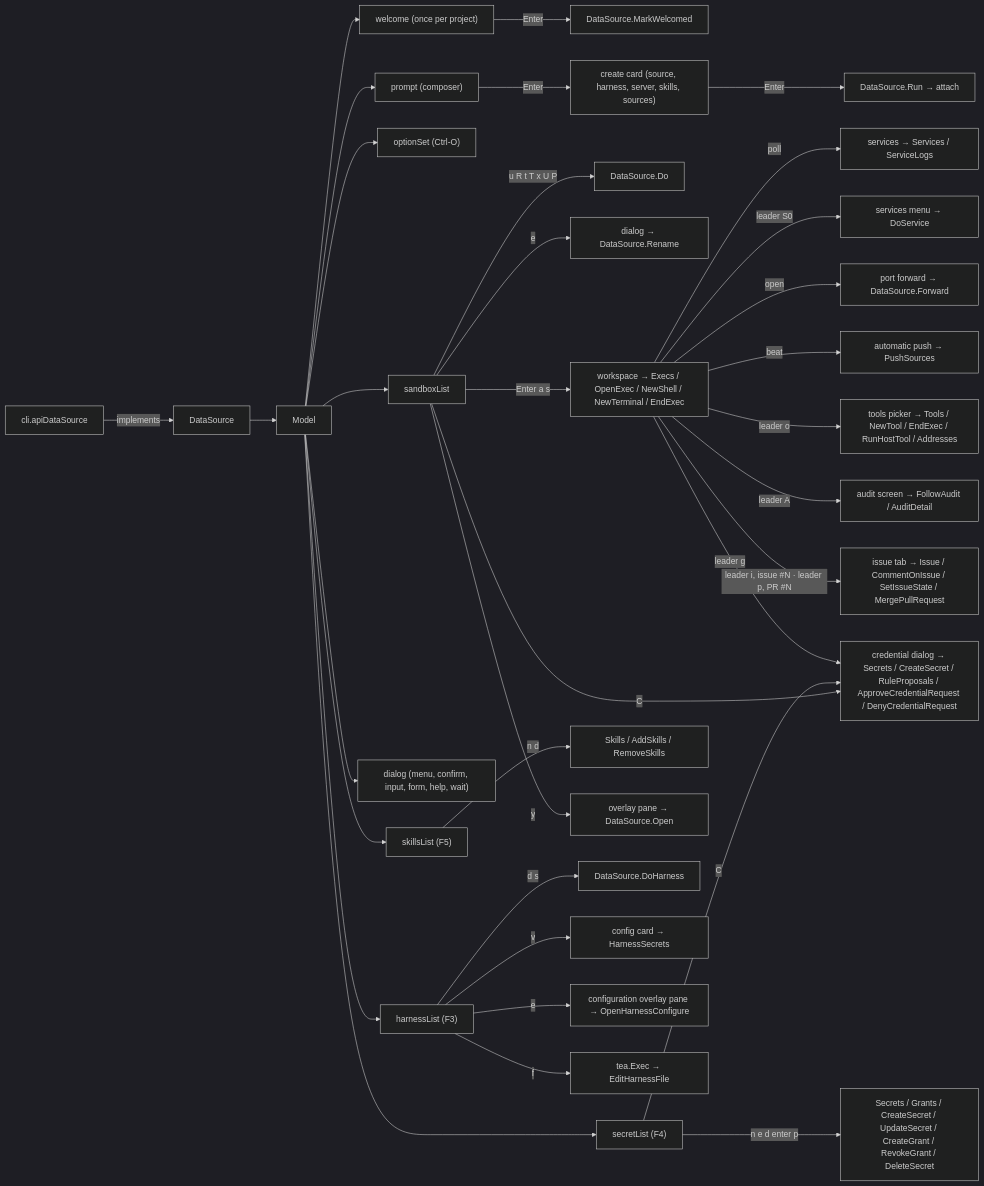
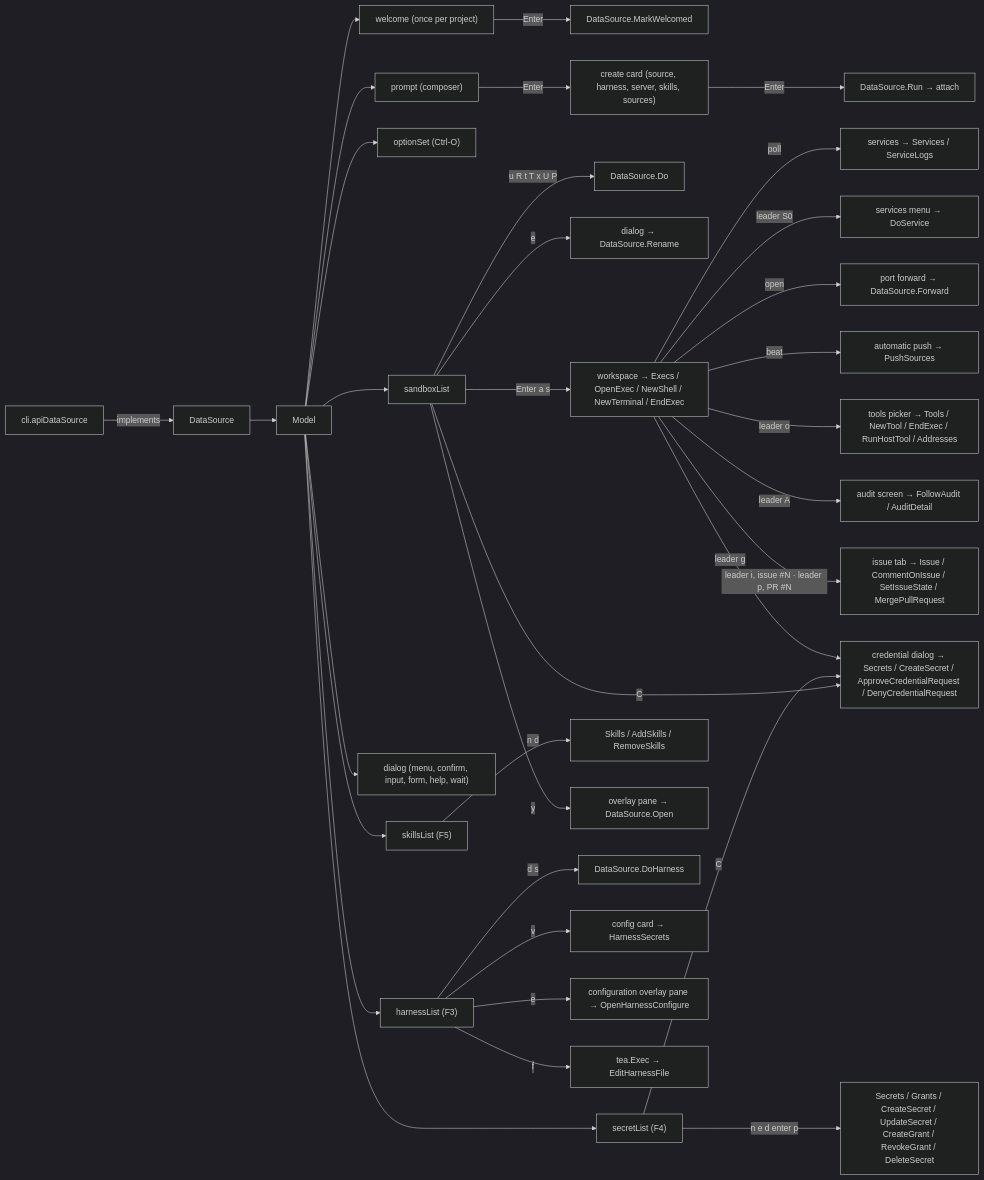
One commit to discobox-ai/discobox changed the diagram in cli/internal/tui/DESIGN.md. Above: the diagram before and after it, drawn with Mermaid (dark theme). The commit also changed other lines of this file and 681 other files, not shown here.

````diff
--- a/cli/internal/tui/DESIGN.md
+++ b/cli/internal/tui/DESIGN.md
@@ -14,36 +14,36 @@
 ```mermaid
 flowchart LR
     CLI["cli.apiDataSource"] -->|implements| DS["DataSource"]
     DS --> M["Model"]
     M --> P["prompt (composer)"]
     M --> L["sandboxList"]
     M --> O["optionSet (Ctrl-O)"]
     M --> A["harnessList (F3)"]
     M --> D["dialog (menu, confirm, input, form, help, wait)"]
     M --> W["welcome (once per project)"]
     W -->|Enter| MW["DataSource.MarkWelcomed"]
     P -->|Enter| Card["create card (source, harness, server, skills, sources)"]
     Card -->|Enter| Run["DataSource.Run → attach"]
     L -->|u R t T x U P| Verb["DataSource.Do"]
     L -->|e| Rename["dialog → DataSource.Rename"]
     L -->|Enter a s| WS["workspace → Execs / OpenExec / NewShell / NewTerminal / EndExec"]
     WS -->|poll| Svc["services → Services / ServiceLogs"]
     WS -->|leader S0| SvcMenu["services menu → DoService"]
     WS -->|open| Fwd["port forward → DataSource.Forward"]
     WS -->|beat| Push["automatic push → PushSources"]
-    L -->|C| Cred["credential dialog → Secrets / CreateSecret / RuleProposals / ApproveCredentialRequest / DenyCredentialRequest"]
+    L -->|C| Cred["credential dialog → Secrets / CreateSecret / ApproveCredentialRequest / DenyCredentialRequest"]
     M --> S["secretList (F4)"]
     S -->|n e d enter p| SVerb["Secrets / Grants / CreateSecret / UpdateSecret / CreateGrant / RevokeGrant / DeleteSecret"]
     S -->|C| Cred
     M --> K["skillsList (F5)"]
     K -->|n d| KVerb["Skills / AddSkills / RemoveSkills"]
     WS -->|leader g| Cred
     L -->|y| Overlay["overlay pane → DataSource.Open"]
     WS -->|leader o| T["tools picker → Tools / NewTool / EndExec / RunHostTool / Addresses"]
     WS -->|leader A| Aud["audit screen → FollowAudit / AuditDetail"]
     WS -->|leader i, issue #N · leader p, PR #N| Iss["issue tab → Issue / CommentOnIssue / SetIssueState / MergePullRequest"]
     A -->|d s| AVerb["DataSource.DoHarness"]
     A -->|v| ACard["config card → HarnessSecrets"]
     A -->|e| ACfg["configuration overlay pane → OpenHarnessConfigure"]
     A -->|f| AExec["tea.Exec → EditHarnessFile"]
 ```
````
